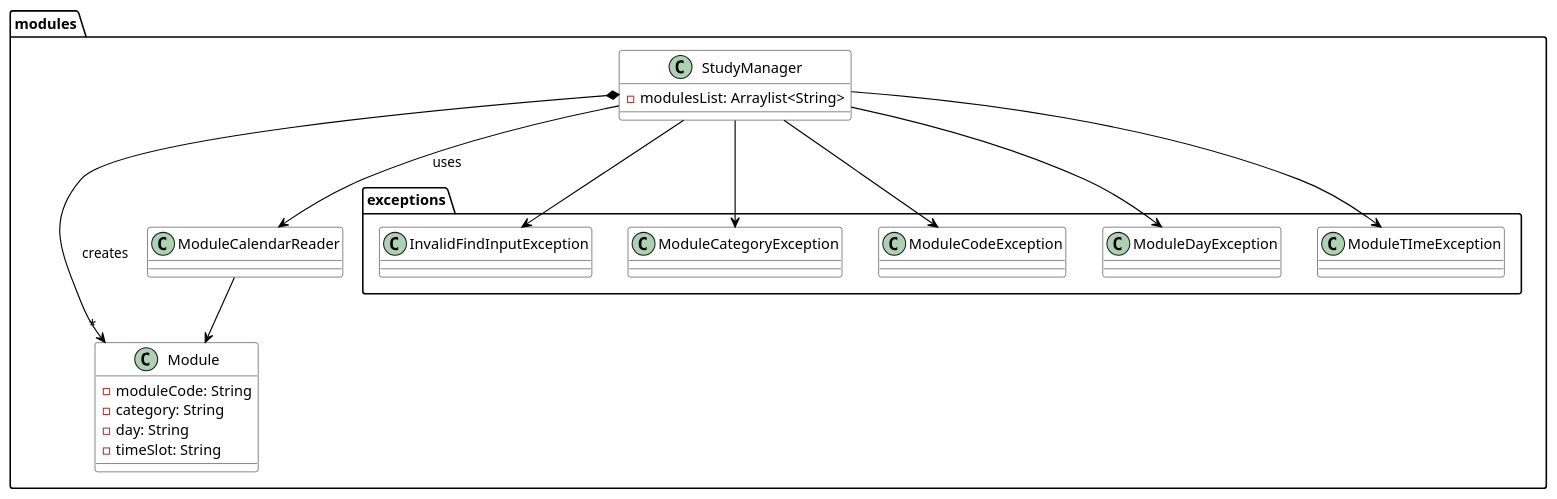
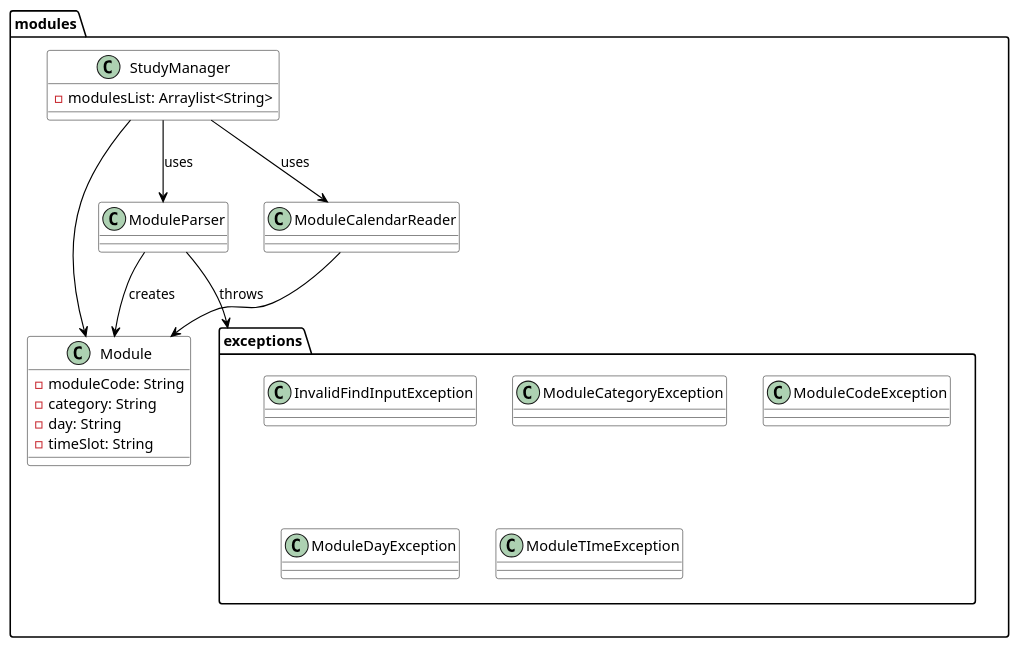
One commit to nus-cs2113-AY2122S2/tp changed the diagram in docs/diagrams/ModuleClassDiagram.puml. Above: the diagram before and after it, drawn with PlantUML. The commit also changed 10 other files, not shown here.

```diff
--- a/docs/diagrams/ModuleClassDiagram.puml
+++ b/docs/diagrams/ModuleClassDiagram.puml
@@ -1,35 +1,36 @@
  @startuml
  skinparam arrowThickness 1.1
  skinparam arrowColor black
  skinparam classBackgroundColor LOGIC_COLOR
 package modules {
 
     Class Module {
         -moduleCode: String
         -category: String
         -day: String
         -timeSlot: String
     }
     Package exceptions {
         class InvalidFindInputException
         class ModuleCategoryException
         class ModuleCodeException
         class ModuleDayException
         class ModuleTImeException
     }
+
+    Class ModuleParser {
+
+    }
 Class StudyManager {
     -modulesList: Arraylist<String>
 }
 Class ModuleCalendarReader
 
 }
 StudyManager --> ModuleCalendarReader : uses
-StudyManager -->InvalidFindInputException
-StudyManager -->ModuleCategoryException
-StudyManager -->ModuleCodeException
-StudyManager -->ModuleDayException
-StudyManager --> ModuleTImeException
+StudyManager --> ModuleParser : uses
+ModuleParser -->  Module : creates
+StudyManager --> Module
 ModuleCalendarReader --> Module
-
-StudyManager *--> "*" Module : creates
+ModuleParser --> exceptions : throws
  @enduml
```
